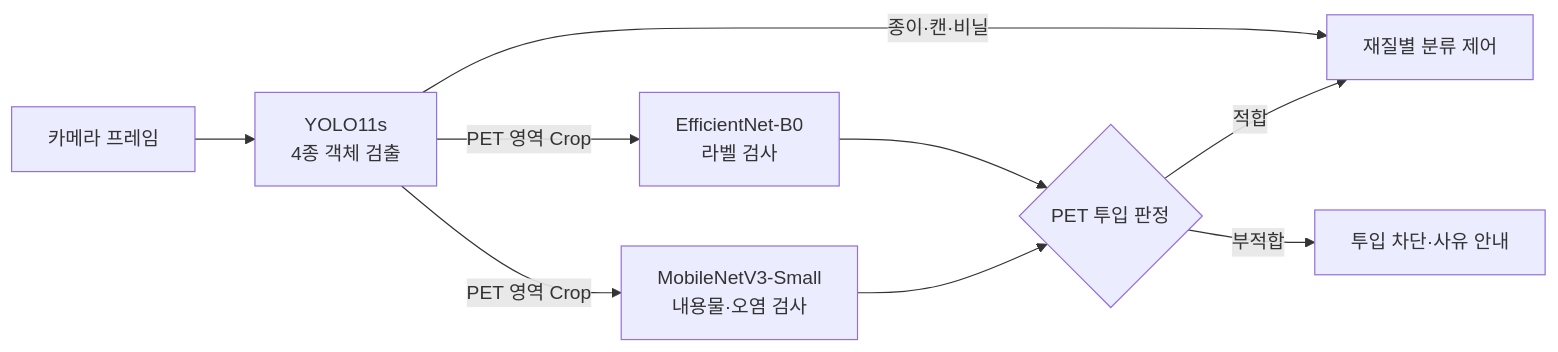
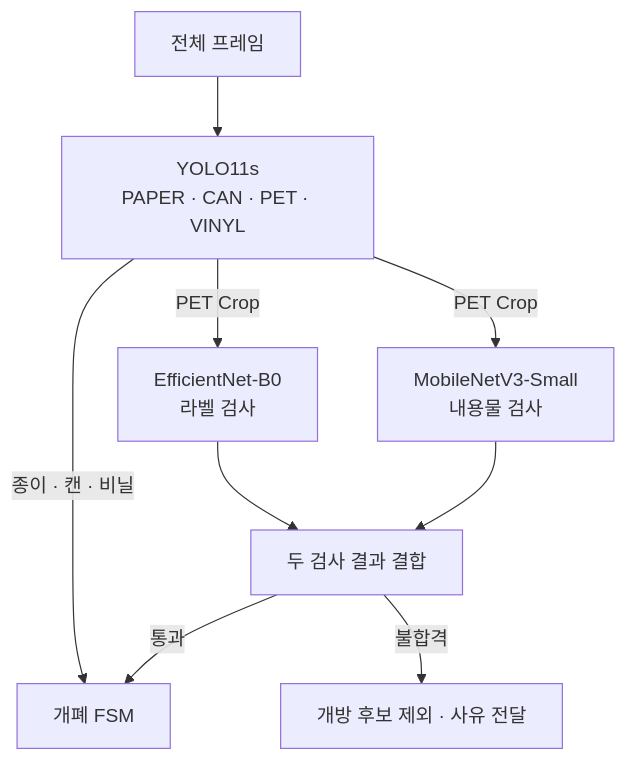
Before and after one commit to hckim-dev/smart-recycling-edge-ai: the diagram in ai_models/Readme.md, drawn with Mermaid. The commit also changed other lines of this file and 14 other files, not shown here.

````diff
--- a/ai_models/Readme.md
+++ b/ai_models/Readme.md
@@ -46,11 +9,11 @@
 ```mermaid
-flowchart LR
-    A[카메라 프레임] --> B[YOLO11s<br/>4종 객체 검출]
-    B -->|종이·캔·비닐| C[재질별 분류 제어]
-    B -->|PET 영역 Crop| D[EfficientNet-B0<br/>라벨 검사]
-    B -->|PET 영역 Crop| E[MobileNetV3-Small<br/>내용물·오염 검사]
-    D --> F{PET 투입 판정}
-    E --> F
-    F -->|적합| C
-    F -->|부적합| G[투입 차단·사유 안내]
+flowchart TB
+    Frame["전체 프레임"] --> Detect["YOLO11s<br/>PAPER · CAN · PET · VINYL"]
+    Detect -->|"종이 · 캔 · 비닐"| Door["개폐 FSM"]
+    Detect -->|"PET Crop"| Label["EfficientNet-B0<br/>라벨 검사"]
+    Detect -->|"PET Crop"| Content["MobileNetV3-Small<br/>내용물 검사"]
+    Label --> Decision["두 검사 결과 결합"]
+    Content --> Decision
+    Decision -->|"통과"| Door
+    Decision -->|"불합격"| Guide["개방 후보 제외 · 사유 전달"]
 ```
````
